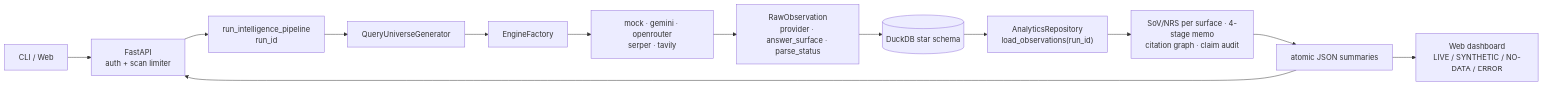
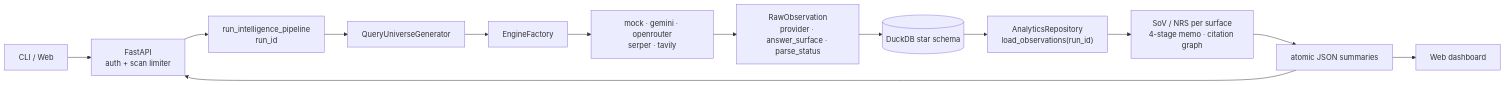
One commit to adulsaa-q/ai_brand_tracker changed the diagram in README.md. Above: the diagram before and after it, drawn with Mermaid. The commit also changed other lines of this file and 2 other files, not shown here.

````diff
--- a/README.md
+++ b/README.md
@@ -83,14 +126,14 @@
 ```mermaid
 flowchart LR
     CLI["CLI / Web"] --> API["FastAPI<br/>auth + scan limiter"]
     API --> RUN["run_intelligence_pipeline<br/>run_id"]
     RUN --> GEN["QueryUniverseGenerator"] --> ENG["EngineFactory"]
     ENG --> E["mock · gemini · openrouter<br/>serper · tavily"]
     E --> OBS["RawObservation<br/>provider · answer_surface · parse_status"]
     OBS --> DUCK[("DuckDB star schema")]
     DUCK --> REPO["AnalyticsRepository<br/>load_observations(run_id)"]
-    REPO --> AN["SoV/NRS per surface · 4-stage memo<br/>citation graph · claim audit"]
+    REPO --> AN["SoV / NRS per surface<br/>4-stage memo · citation graph"]
     AN --> OUT["atomic JSON summaries"]
     OUT --> API
-    OUT --> WEB["Web dashboard<br/>LIVE / SYNTHETIC / NO-DATA / ERROR"]
+    OUT --> WEB["Web dashboard"]
 ```
````
